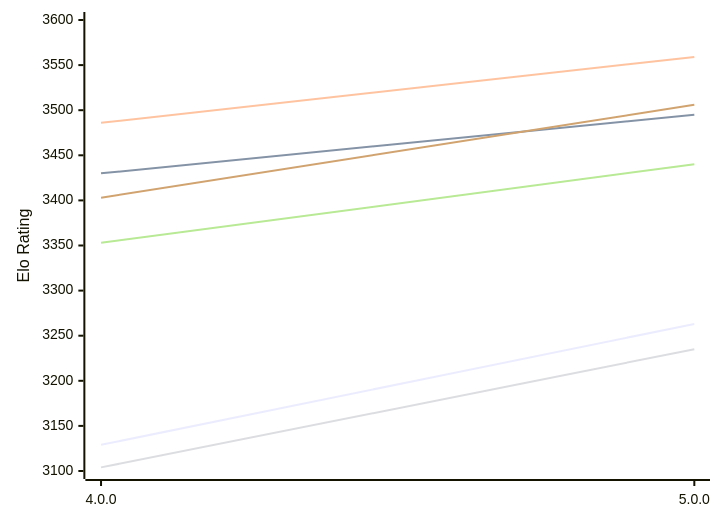
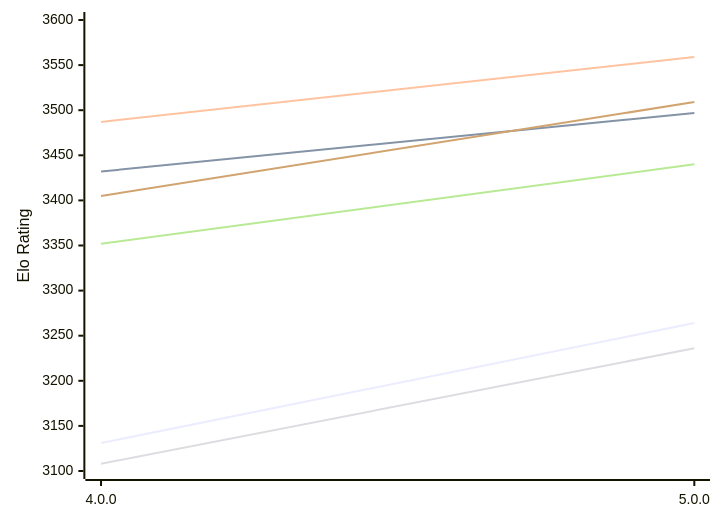
The first of 2 diagrams in engines/Avalanche.md (computer-chess-index/cci), drawn with Mermaid before and after one commit. The commit also changed other lines of this file, not shown here.

Commit message:
Update CCI Ratings (ELO VLTC) - 2026-11-17

````diff
--- a/engines/Avalanche.md
+++ b/engines/Avalanche.md
@@ -50,12 +50,12 @@
 ```mermaid
 %%{init: {"theme":"base","themeVariables":{"seriesColors:['#a3a3a3','#222221','#faa371']}}}%%
 xychart-beta
   x-axis ["4.0.0", "5.0.0"]
   y-axis "Elo Rating" 3100 --> 3600
-  line "E1: STC (8.0+0.08s)" [3129, 3263]
-  line "E1: LTC (60.0+0.60s)" [3430, 3495]
-  line "E1: VLTC (2m24s+1.12s)" [3486, 3559]
-  line "P1: STC (8.0+0.08s)" [3104, 3235]
-  line "P1: LTC (60.0+0.60s)" [3353, 3440]
-  line "P1: VLTC (2m24s+1.12s)" [3403, 3506]
+  line "E1: STC (8.0+0.08s)" [3131, 3264]
+  line "E1: LTC (60.0+0.60s)" [3432, 3497]
+  line "E1: VLTC (2m24s+1.12s)" [3487, 3559]
+  line "P1: STC (8.0+0.08s)" [3108, 3236]
+  line "P1: LTC (60.0+0.60s)" [3352, 3440]
+  line "P1: VLTC (2m24s+1.12s)" [3405, 3509]
 ```
````
